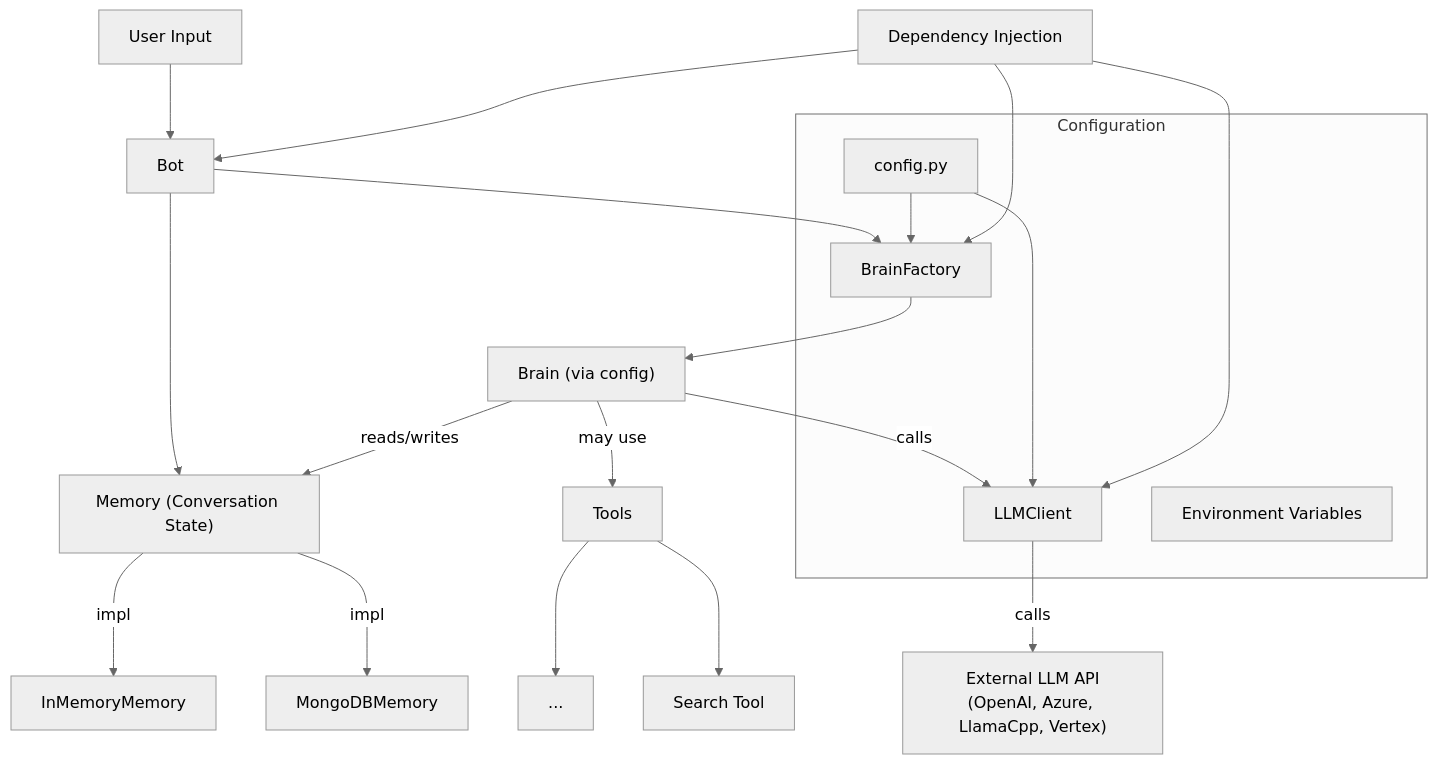
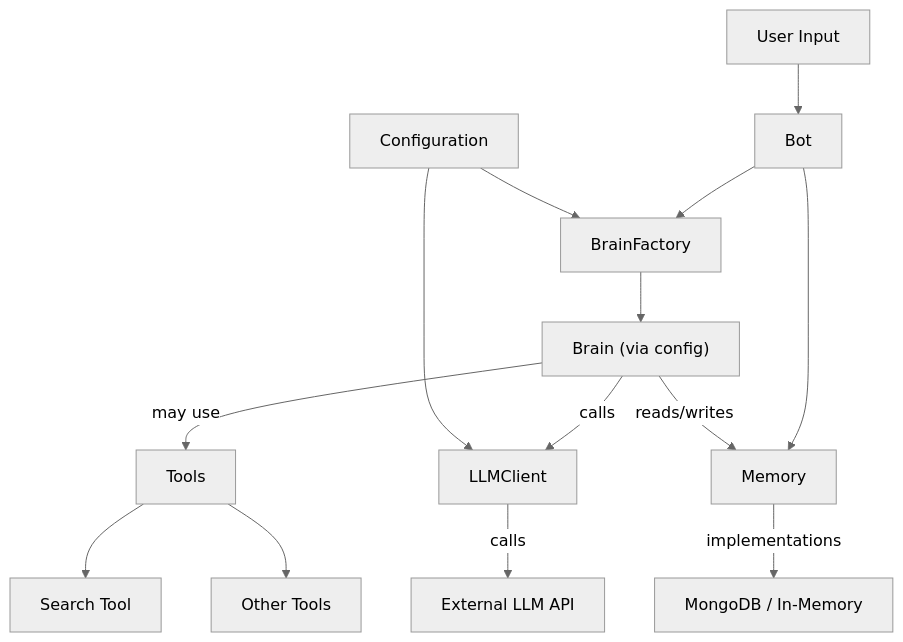
The first of 2 diagrams in README.md (minhbtrc/chatbot-template), drawn with Mermaid (neutral theme) before and after one commit.

````diff
--- a/README.md
+++ b/README.md
@@ -104,39 +104,29 @@
 ```mermaid
 graph TD
     %% Entry
     UserInput["User Input"] --> Bot
 
     %% Bot Layer
     Bot --> BrainFactory
     BrainFactory --> BrainInstance["Brain (via config)"]
-    Bot --> MemoryModule["Memory (Conversation State)"]
+    Bot --> Memory
     
     %% Reasoning Layer
     BrainInstance -->|calls| LLMClient
-    BrainInstance -->|may use| ToolRegistry["Tools"]
-    BrainInstance -->|reads/writes| MemoryModule
+    BrainInstance -->|may use| Tools
+    BrainInstance -->|reads/writes| Memory
     
     %% LLM Layer
-    LLMClient -->|calls| ExternalLLMAPI["External LLM API<br/>(OpenAI, Azure, LlamaCpp, Vertex)"]
+    LLMClient -->|calls| ExternalAPI["External LLM API"]
     
     %% Tool Layer
-    ToolRegistry --> SerpTool["Search Tool"]
-    ToolRegistry --> OtherTool["..."]
+    Tools --> SearchTool["Search Tool"]
+    Tools --> OtherTools["Other Tools"]
     
     %% Memory Layer
-    MemoryModule -->|impl| MongoDBMemory["MongoDBMemory"]
-    MemoryModule -->|impl| InMemoryMemory["InMemoryMemory"]
+    Memory -->|implementations| StorageOptions["MongoDB / In-Memory"]
     
-    %% Admin
-    subgraph Configuration
-        ConfigFile["config.py"]
-        ENV["Environment Variables"]
-        ConfigFile --> BrainFactory
-        ConfigFile --> LLMClient
-    end
-    
-    %% Registry / DI Layer
-    DI["Dependency Injection"] --> Bot
-    DI --> LLMClient
-    DI --> BrainFactory
+    %% Configuration
+    Config["Configuration"] --> BrainFactory
+    Config --> LLMClient
 ```
````
